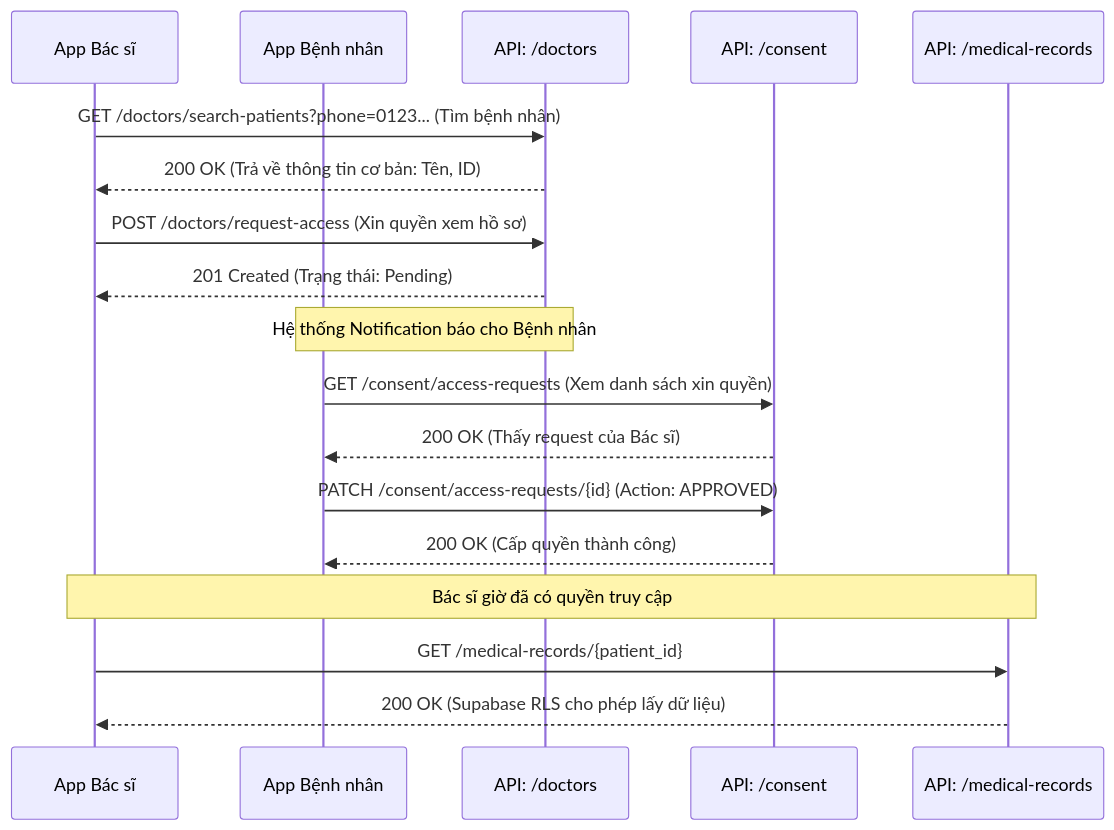
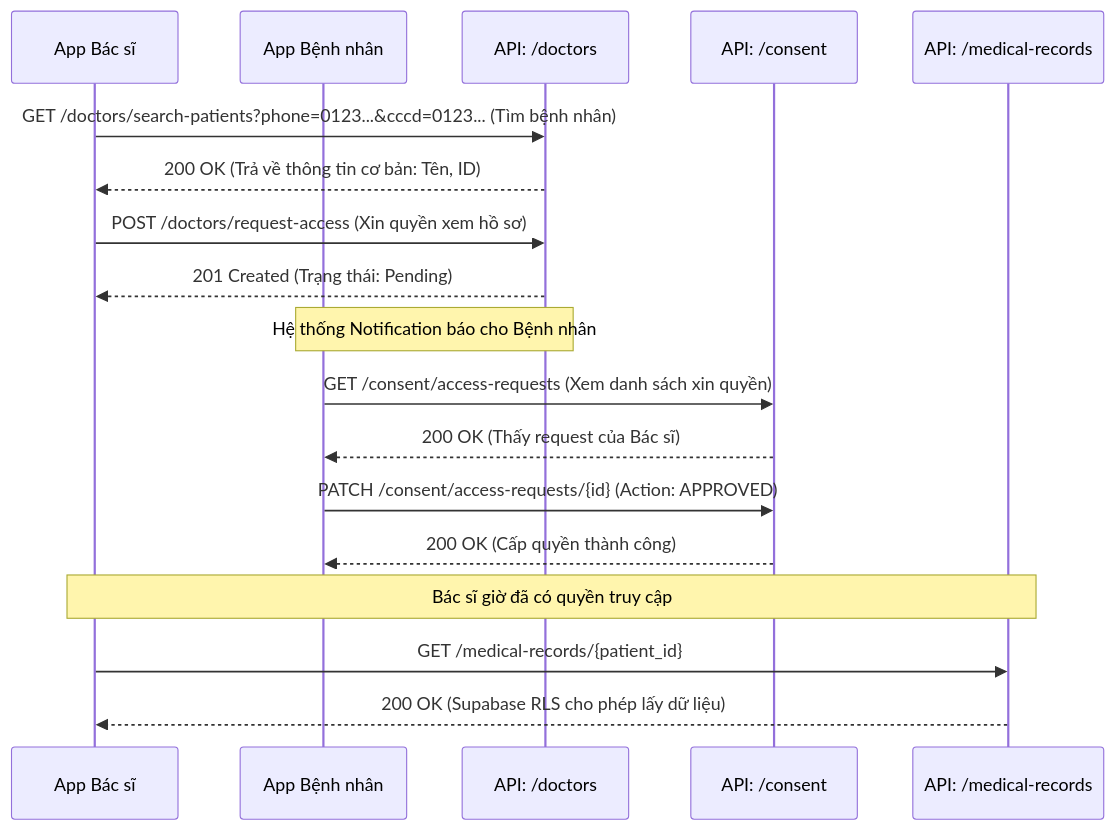
Before and after one commit to ImSoul0511/Medical_Diary: the second of 5 diagrams in backend/docs/API_FLOW.md, drawn with Mermaid. The commit also changed other lines of this file and 5 other files, not shown here.

Commit message:
docs: update docs, and fix discrepancy of SSOT, API, API_FLOW, and DB_SCHEMAS

````diff
--- a/backend/docs/API_FLOW.md
+++ b/backend/docs/API_FLOW.md
@@ -38,27 +38,27 @@
 ```mermaid
 sequenceDiagram
     participant DocFE as App Bác sĩ
     participant PatFE as App Bệnh nhân
     participant DocAPI as API: /doctors
     participant ConAPI as API: /consent
     participant MedAPI as API: /medical-records
 
-    DocFE->>DocAPI: GET /doctors/search-patients?phone=0123... (Tìm bệnh nhân)
+    DocFE->>DocAPI: GET /doctors/search-patients?phone=0123...&cccd=0123... (Tìm bệnh nhân)
     DocAPI-->>DocFE: 200 OK (Trả về thông tin cơ bản: Tên, ID)
 
     DocFE->>DocAPI: POST /doctors/request-access (Xin quyền xem hồ sơ)
     DocAPI-->>DocFE: 201 Created (Trạng thái: Pending)
     
     Note over DocAPI,PatFE: Hệ thống Notification báo cho Bệnh nhân
     
     PatFE->>ConAPI: GET /consent/access-requests (Xem danh sách xin quyền)
     ConAPI-->>PatFE: 200 OK (Thấy request của Bác sĩ)
     
     PatFE->>ConAPI: PATCH /consent/access-requests/{id} (Action: APPROVED)
     ConAPI-->>PatFE: 200 OK (Cấp quyền thành công)
 
     Note over DocFE,MedAPI: Bác sĩ giờ đã có quyền truy cập
     
     DocFE->>MedAPI: GET /medical-records/{patient_id}
     MedAPI-->>DocFE: 200 OK (Supabase RLS cho phép lấy dữ liệu)
 ```
````
